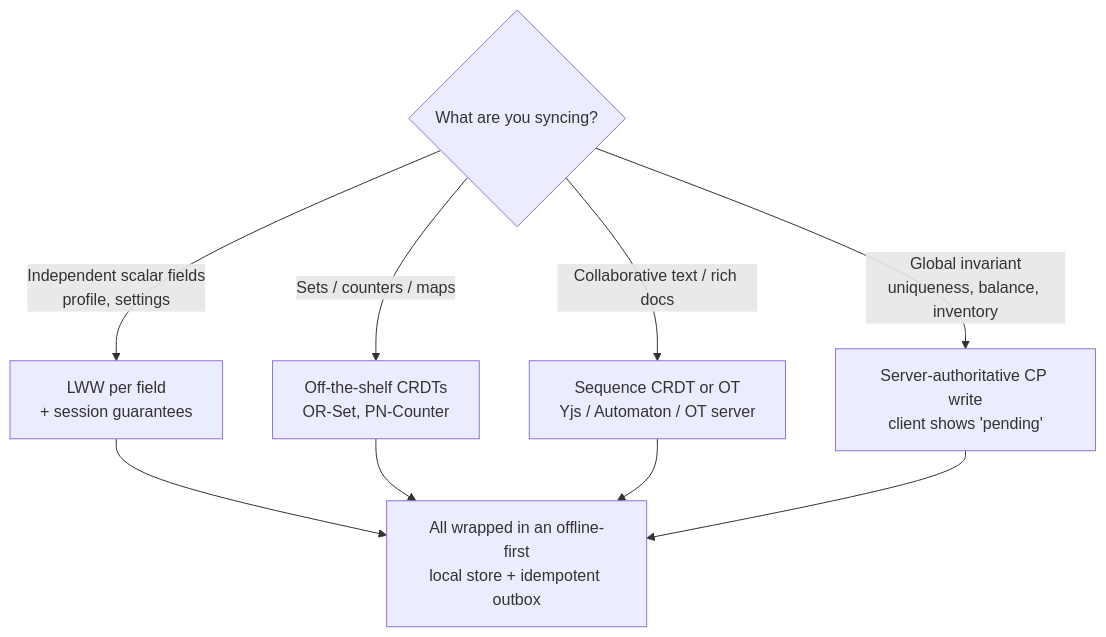
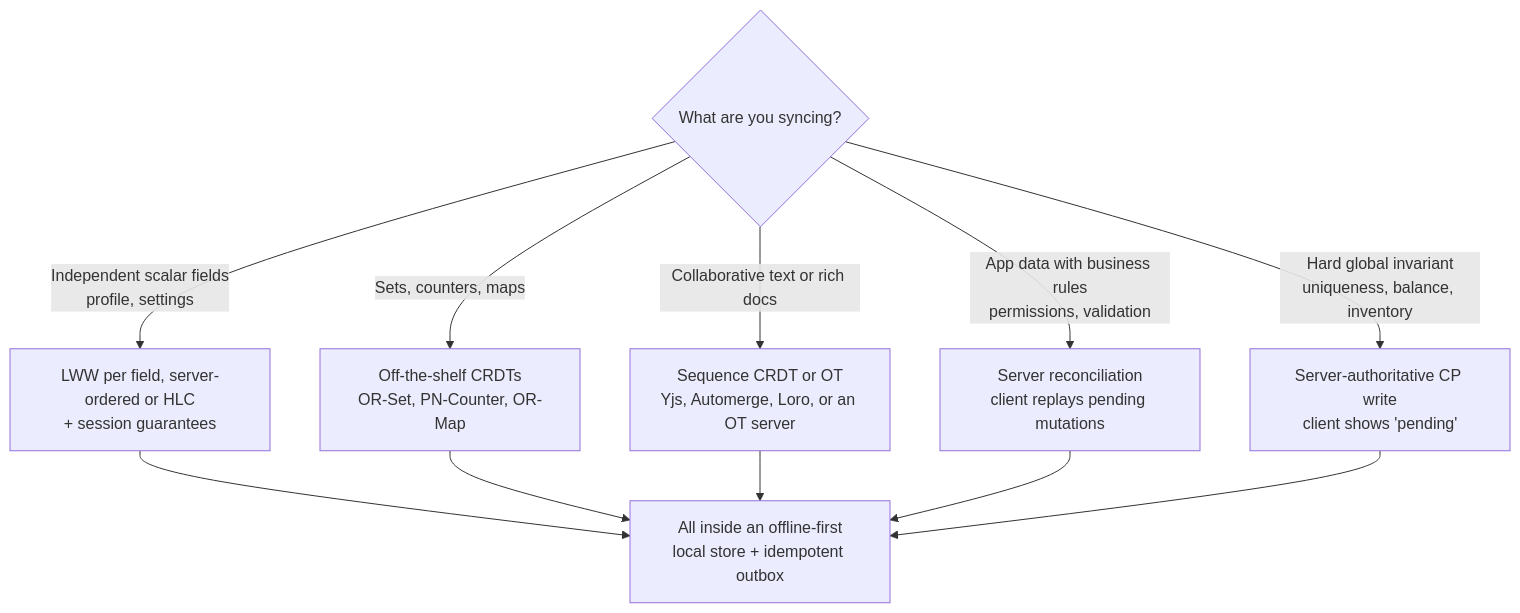
Before and after one commit to AndrewAltimit/Documentation: the fifth of 5 diagrams in github-pages/docs/distributed-systems/client-side-consistency.md, drawn with Mermaid. The commit also changed other lines of this file and 240 other files, not shown here.

````diff
--- a/github-pages/docs/distributed-systems/client-side-consistency.md
+++ b/github-pages/docs/distributed-systems/client-side-consistency.md
@@ -347,12 +407,14 @@
 ```mermaid
 flowchart TD
     Start{What are you syncing?}
-    Start -->|Independent scalar fields<br/>profile, settings| LWW2[LWW per field<br/>+ session guarantees]
-    Start -->|Sets / counters / maps| CRDT2[Off-the-shelf CRDTs<br/>OR-Set, PN-Counter]
-    Start -->|Collaborative text / rich docs| Seq[Sequence CRDT or OT<br/>Yjs / Automaton / OT server]
-    Start -->|Global invariant<br/>uniqueness, balance, inventory| CP2[Server-authoritative CP write<br/>client shows 'pending']
-    LWW2 --> Off[All wrapped in an offline-first<br/>local store + idempotent outbox]
+    Start -->|Independent scalar fields<br/>profile, settings| LWW2[LWW per field, server-ordered or HLC<br/>+ session guarantees]
+    Start -->|Sets, counters, maps| CRDT2[Off-the-shelf CRDTs<br/>OR-Set, PN-Counter, OR-Map]
+    Start -->|Collaborative text or rich docs| Seq[Sequence CRDT or OT<br/>Yjs, Automerge, Loro, or an OT server]
+    Start -->|App data with business rules<br/>permissions, validation| Rebase[Server reconciliation<br/>client replays pending mutations]
+    Start -->|Hard global invariant<br/>uniqueness, balance, inventory| CP2[Server-authoritative CP write<br/>client shows 'pending']
+    LWW2 --> Off[All inside an offline-first<br/>local store + idempotent outbox]
     CRDT2 --> Off
     Seq --> Off
+    Rebase --> Off
     CP2 --> Off
 ```
````
